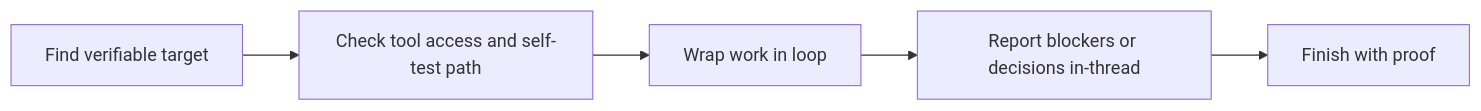
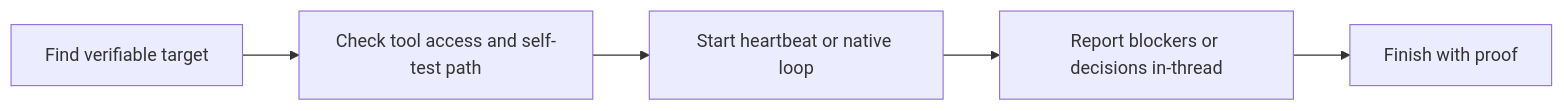
One commit to minghinmatthewlam/agent-guards changed the first of 2 diagrams in skills/use-loop/SKILL.md. Above: the diagram before and after it, drawn with Mermaid. The commit also changed other lines of this file and 1 other file, not shown here.

````diff
--- a/skills/use-loop/SKILL.md
+++ b/skills/use-loop/SKILL.md
@@ -46,7 +46,7 @@
 ```mermaid
 flowchart LR
     A["Find verifiable target"] --> B["Check tool access and self-test path"]
-    B --> C["Wrap work in loop"]
+    B --> C["Start heartbeat or native loop"]
     C --> D["Report blockers or decisions in-thread"]
     D --> E["Finish with proof"]
 ```
````
